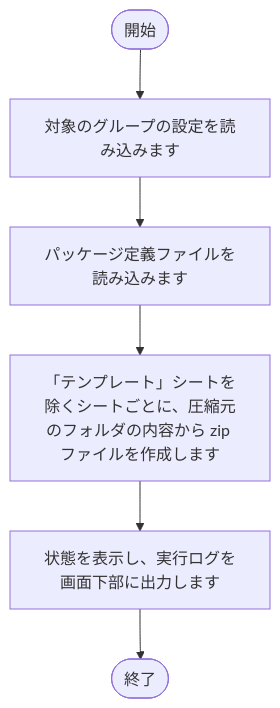
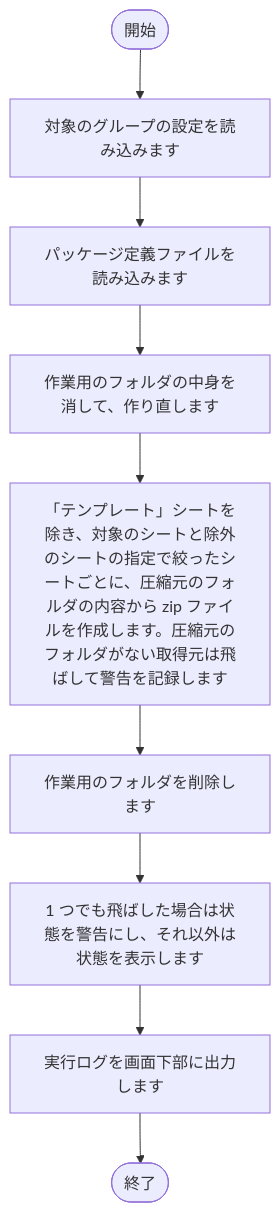
One commit to nishida2073/project_management changed the second of 13 diagrams in tool/package-generator/doc/02_設計/処理フロー.md. Above: the diagram before and after it, drawn with Mermaid. The commit also changed other lines of this file and 81 other files, not shown here.

````diff
--- a/tool/package-generator/doc/02_設計/処理フロー.md
+++ b/tool/package-generator/doc/02_設計/処理フロー.md
@@ -67,14 +71,20 @@
 ```mermaid
 flowchart TD
     S(["開始"])
     E(["終了"])
     N1["対象のグループの設定を読み込みます"]
     S --> N1
     N2["パッケージ定義ファイルを読み込みます"]
     N1 --> N2
-    N3["「テンプレート」シートを除くシートごとに、圧縮元のフォルダの内容から zip ファイルを作成します"]
+    N3["作業用のフォルダの中身を消して、作り直します"]
     N2 --> N3
-    N4["状態を表示し、実行ログを画面下部に出力します"]
+    N4["「テンプレート」シートを除き、対象のシートと除外のシートの指定で絞ったシートごとに、圧縮元のフォルダの内容から zip ファイルを作成します。圧縮元のフォルダがない取得元は飛ばして警告を記録します"]
     N3 --> N4
-    N4 --> E
+    N5["作業用のフォルダを削除します"]
+    N4 --> N5
+    N6["1 つでも飛ばした場合は状態を警告にし、それ以外は状態を表示します"]
+    N5 --> N6
+    N7["実行ログを画面下部に出力します"]
+    N6 --> N7
+    N7 --> E
 ```
````
